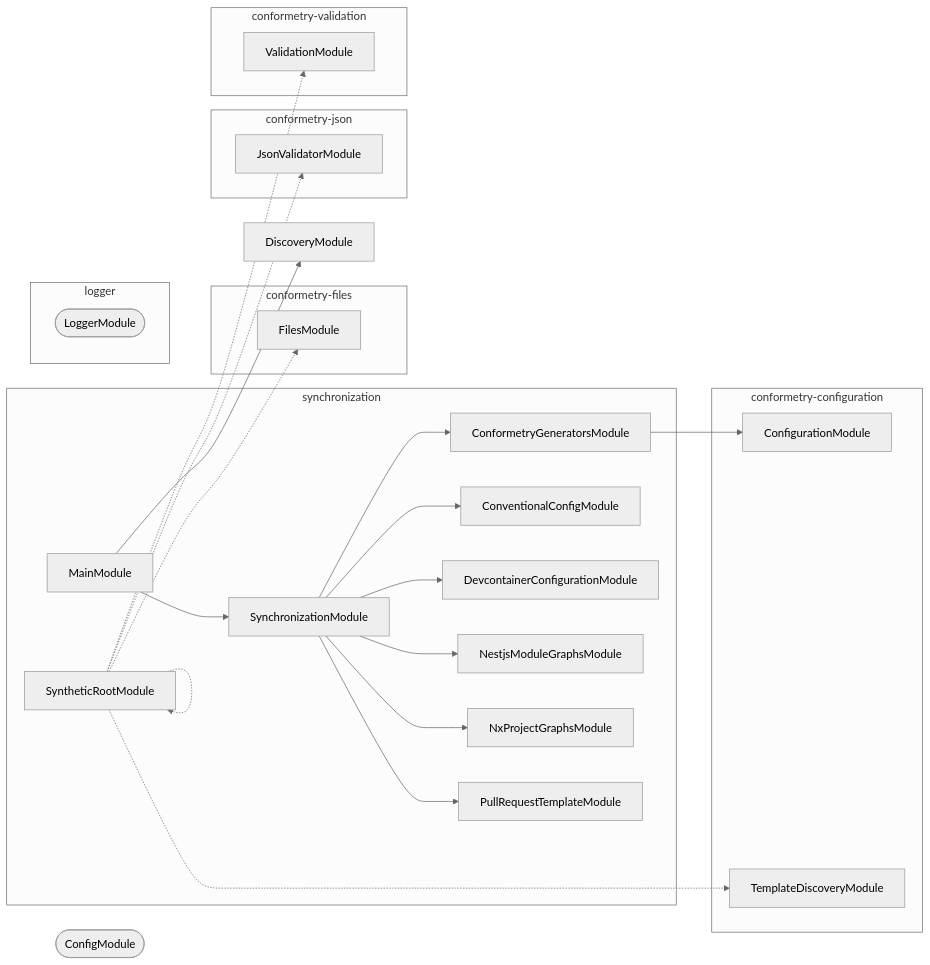
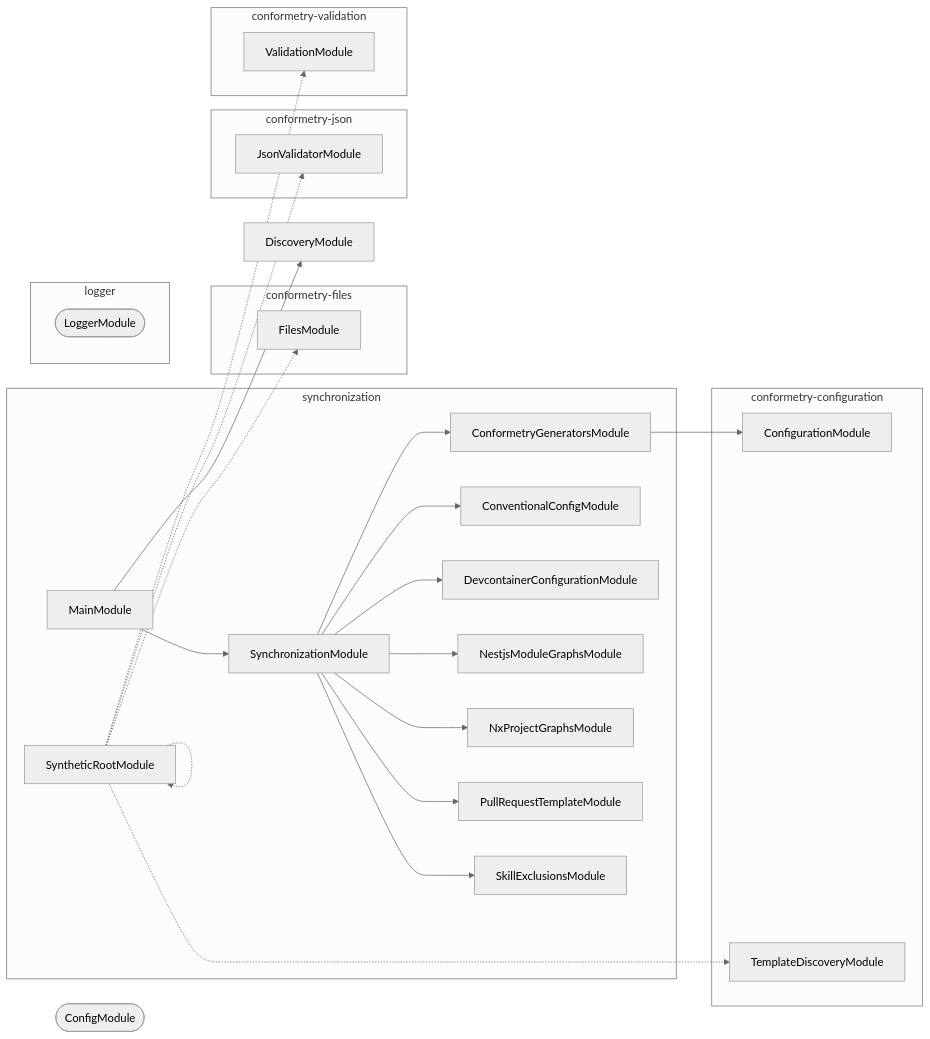
Before and after one commit to JimmyPaolini/codebase: the diagram in tools/synchronization/AGENTS.md, drawn with Mermaid (neutral theme). The commit also changed 19 other files, not shown here.

Commit message:
feat(synchronization): ✨ synchronize the skill exclusion lists from the lockfile

````diff
--- a/tools/synchronization/AGENTS.md
+++ b/tools/synchronization/AGENTS.md
@@ -83,46 +83,48 @@
 ```mermaid
 flowchart LR
   subgraph group0["synchronization"]
     ConformetryGeneratorsModule
     ConventionalConfigModule
     DevcontainerConfigurationModule
     MainModule
     NestjsModuleGraphsModule
     NxProjectGraphsModule
     PullRequestTemplateModule
+    SkillExclusionsModule
     SynchronizationModule
     SyntheticRootModule
   end
   subgraph group1["conformetry-configuration"]
     ConfigurationModule
     TemplateDiscoveryModule
   end
   subgraph group2["conformetry-files"]
     FilesModule
   end
   subgraph group3["conformetry-json"]
     JsonValidatorModule
   end
   subgraph group4["conformetry-validation"]
     ValidationModule
   end
   subgraph group5["logger"]
     LoggerModule([LoggerModule])
   end
   ConfigModule([ConfigModule])
   DiscoveryModule
   ConformetryGeneratorsModule --> ConfigurationModule
   MainModule --> DiscoveryModule
   MainModule --> SynchronizationModule
   SynchronizationModule --> ConformetryGeneratorsModule
   SynchronizationModule --> ConventionalConfigModule
   SynchronizationModule --> DevcontainerConfigurationModule
   SynchronizationModule --> NestjsModuleGraphsModule
   SynchronizationModule --> NxProjectGraphsModule
   SynchronizationModule --> PullRequestTemplateModule
+  SynchronizationModule --> SkillExclusionsModule
   SyntheticRootModule -.-> FilesModule
   SyntheticRootModule -.-> JsonValidatorModule
   SyntheticRootModule -.-> SyntheticRootModule
   SyntheticRootModule -.-> TemplateDiscoveryModule
   SyntheticRootModule -.-> ValidationModule
 ```
````
